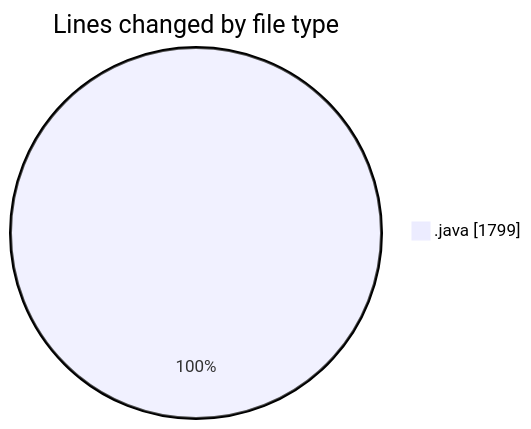
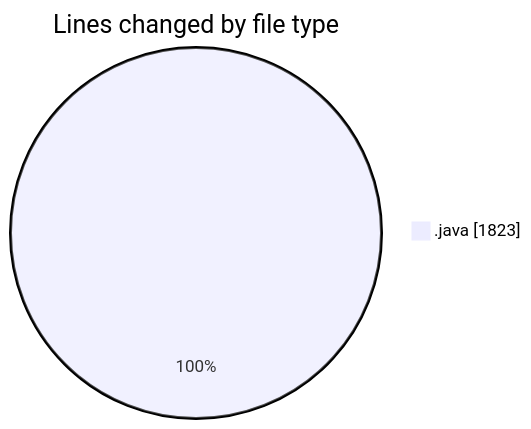
Before and after one commit to ricardozamudiocil/code-tracking: the first of 2 diagrams in 2026-11-27/cilreports__workspace_/README.md, drawn with Mermaid. The commit also changed other lines of this file and 1 other file, not shown here.

````diff
--- a/2026-11-27/cilreports__workspace_/README.md
+++ b/2026-11-27/cilreports__workspace_/README.md
@@ -22,5 +22,5 @@
 ```mermaid
 pie showData
 title Lines changed by file type
-".java" : 1799
+".java" : 1823
 ```
````
